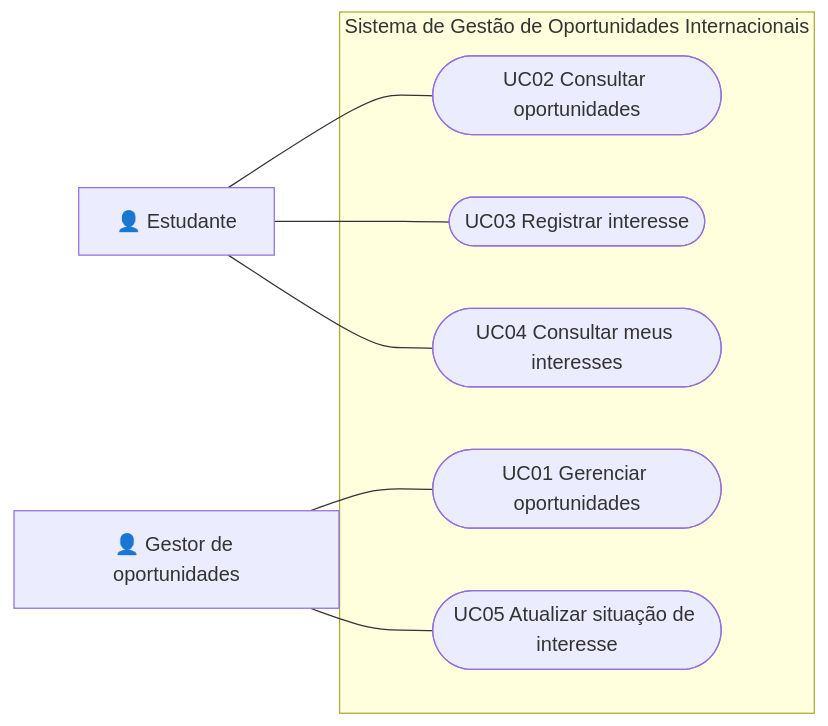
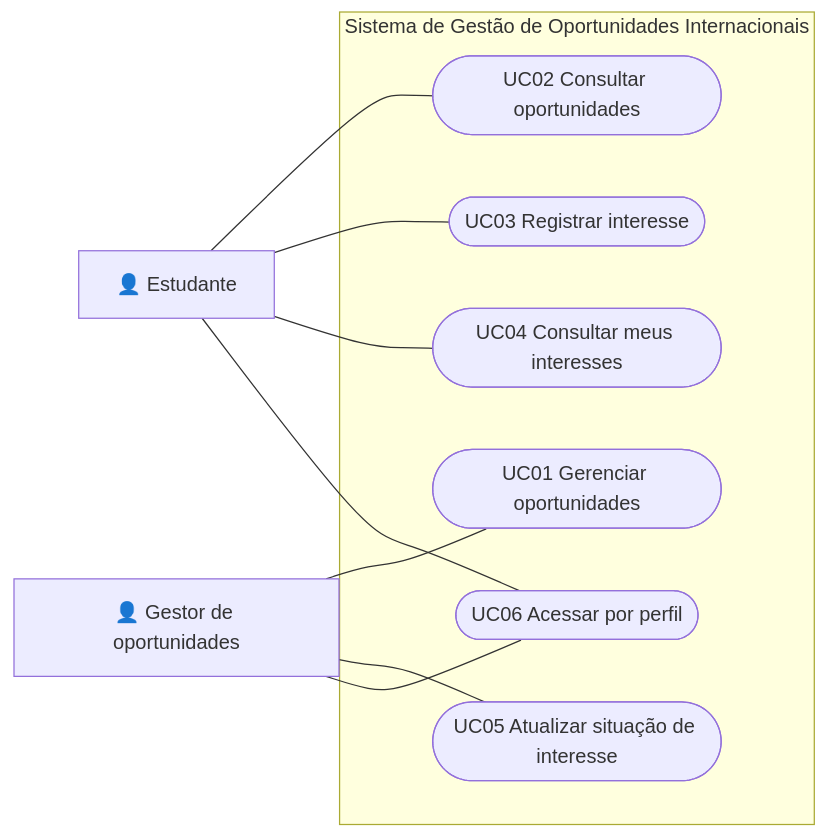
Before and after one commit to daniellobo-ops/requisitos-20262-grupo07: the first of 2 diagrams in 03-UML/01-Casos-de-Uso.md, drawn with Mermaid. The commit also changed other lines of this file, not shown here.

````diff
--- a/03-UML/01-Casos-de-Uso.md
+++ b/03-UML/01-Casos-de-Uso.md
@@ -24,17 +25,20 @@
 ```mermaid
 flowchart LR
     E["👤 Estudante"]
     G["👤 Gestor de oportunidades"]
     subgraph SYS["Sistema de Gestão de Oportunidades Internacionais"]
       U1(["UC01 Gerenciar oportunidades"])
       U2(["UC02 Consultar oportunidades"])
       U3(["UC03 Registrar interesse"])
       U4(["UC04 Consultar meus interesses"])
       U5(["UC05 Atualizar situação de interesse"])
+      U6(["UC06 Acessar por perfil"])
     end
     E --- U2
     E --- U3
     E --- U4
     G --- U1
     G --- U5
+    E --- U6
+    G --- U6
 ```
````
